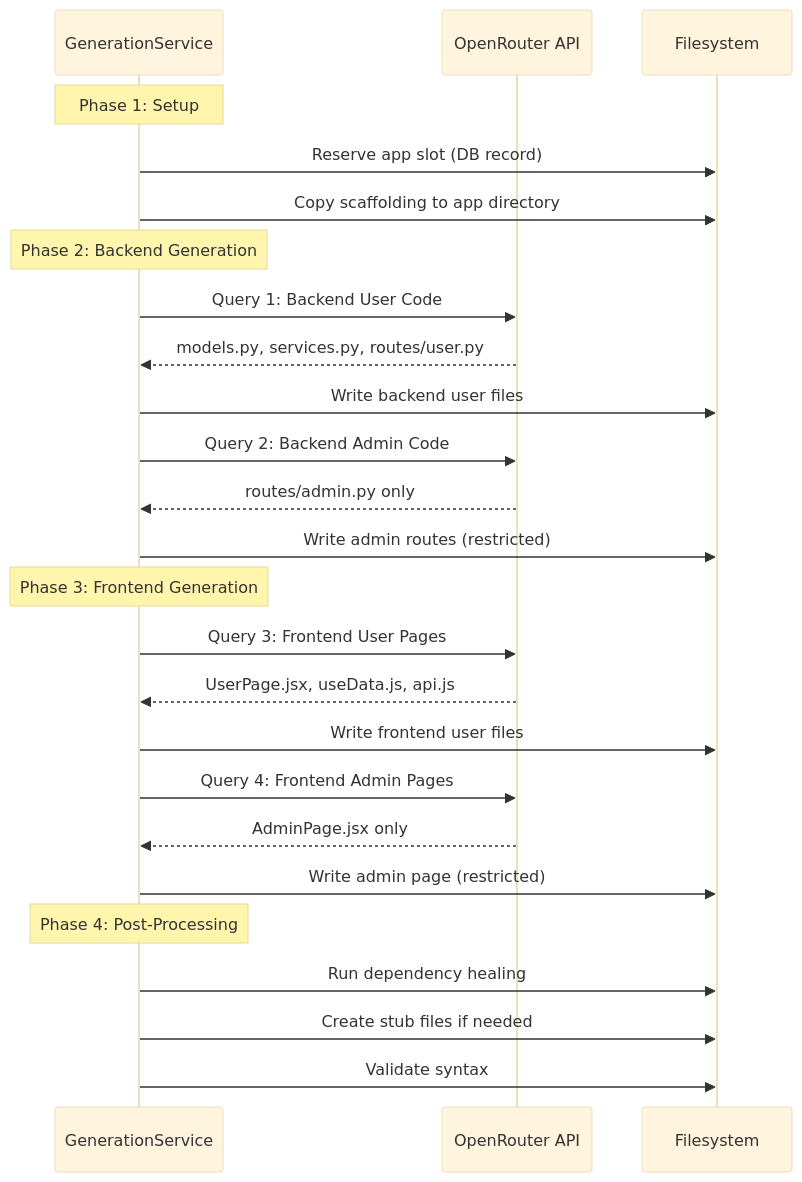
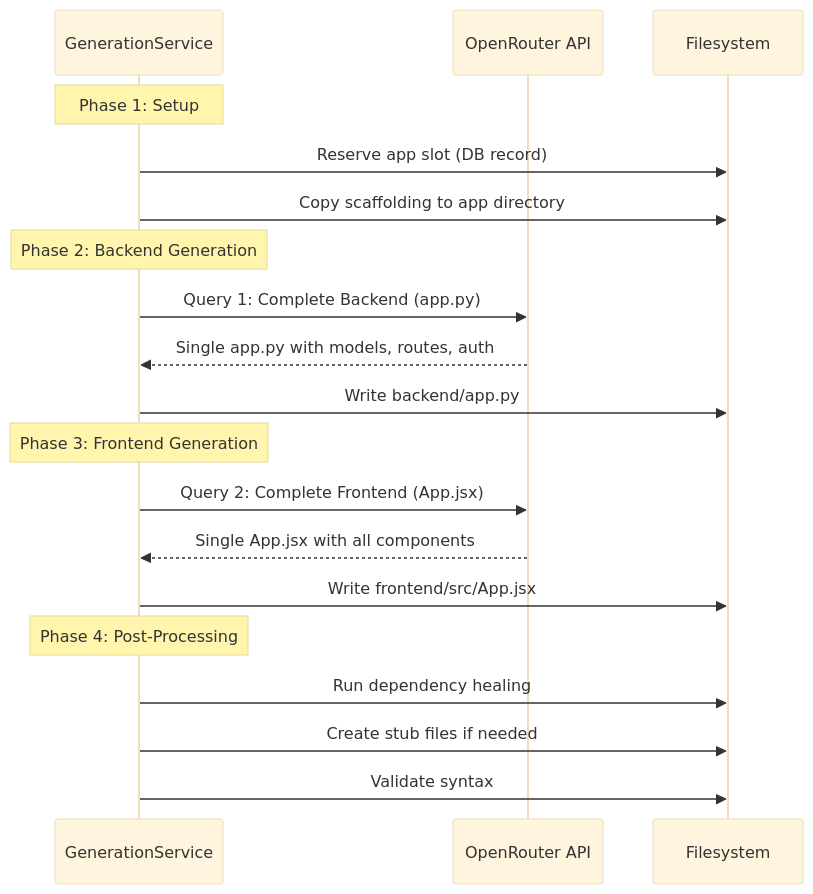
Before and after one commit to GrabowMar/ThesisAppRework: the second of 4 diagrams in docs/GENERATION_PROCESS.md, drawn with Mermaid (base theme). The commit also changed other lines of this file and 22 other files, not shown here.

````diff
--- a/docs/GENERATION_PROCESS.md
+++ b/docs/GENERATION_PROCESS.md
@@ -74,33 +79,25 @@
 ```mermaid
 sequenceDiagram
     participant GS as GenerationService
     participant OR as OpenRouter API
     participant FS as Filesystem
     
     Note over GS: Phase 1: Setup
     GS->>FS: Reserve app slot (DB record)
     GS->>FS: Copy scaffolding to app directory
     
     Note over GS: Phase 2: Backend Generation
-    GS->>OR: Query 1: Backend User Code
-    OR-->>GS: models.py, services.py, routes/user.py
-    GS->>FS: Write backend user files
-    
-    GS->>OR: Query 2: Backend Admin Code
-    OR-->>GS: routes/admin.py only
-    GS->>FS: Write admin routes (restricted)
+    GS->>OR: Query 1: Complete Backend (app.py)
+    OR-->>GS: Single app.py with models, routes, auth
+    GS->>FS: Write backend/app.py
     
     Note over GS: Phase 3: Frontend Generation
-    GS->>OR: Query 3: Frontend User Pages
-    OR-->>GS: UserPage.jsx, useData.js, api.js
-    GS->>FS: Write frontend user files
-    
-    GS->>OR: Query 4: Frontend Admin Pages
-    OR-->>GS: AdminPage.jsx only
-    GS->>FS: Write admin page (restricted)
+    GS->>OR: Query 2: Complete Frontend (App.jsx)
+    OR-->>GS: Single App.jsx with all components
+    GS->>FS: Write frontend/src/App.jsx
     
     Note over GS: Phase 4: Post-Processing
     GS->>FS: Run dependency healing
     GS->>FS: Create stub files if needed
     GS->>FS: Validate syntax
 ```
````
